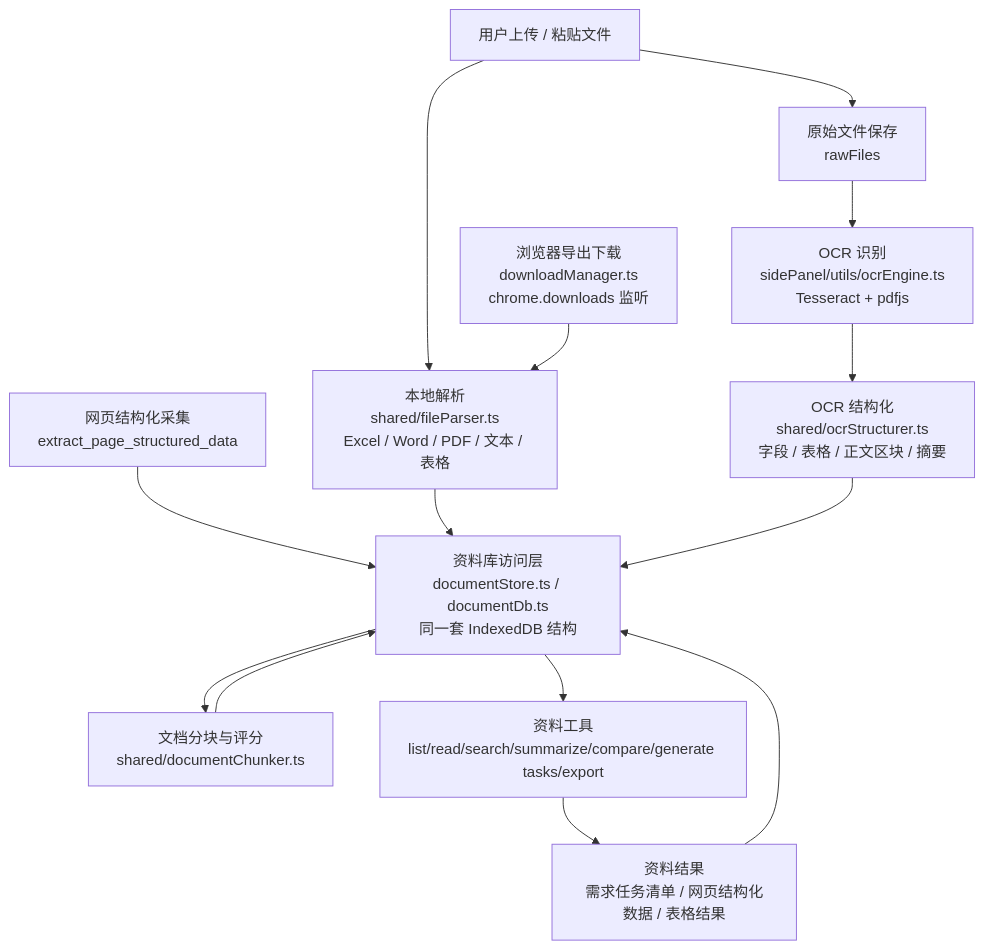
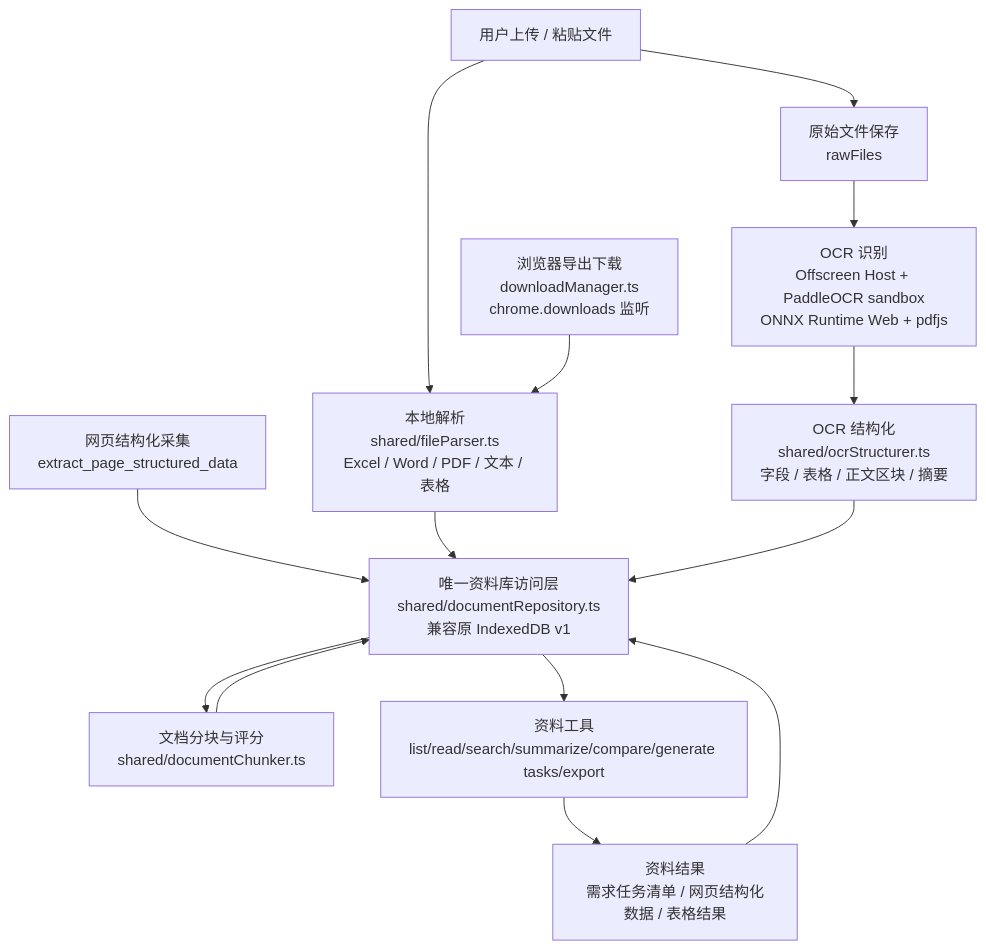
One commit to Clearlovesixteen/gancao-colipot changed the fifth of 6 diagrams in docs/architecture.md. Above: the diagram before and after it, drawn with Mermaid. The commit also changed other lines of this file and 82 other files, not shown here.

````diff
--- a/docs/architecture.md
+++ b/docs/architecture.md
@@ -206,28 +229,28 @@
 ```mermaid
 flowchart TB
   Upload["用户上传 / 粘贴文件"]
   LocalParse["本地解析<br/>shared/fileParser.ts<br/>Excel / Word / PDF / 文本 / 表格"]
   RawFile["原始文件保存<br/>rawFiles"]
-  OCR["OCR 识别<br/>sidePanel/utils/ocrEngine.ts<br/>Tesseract + pdfjs"]
+  OCR["OCR 识别<br/>Offscreen Host + PaddleOCR sandbox<br/>ONNX Runtime Web + pdfjs"]
   OCRStruct["OCR 结构化<br/>shared/ocrStructurer.ts<br/>字段 / 表格 / 正文区块 / 摘要"]
   WebCapture["网页结构化采集<br/>extract_page_structured_data"]
   Download["浏览器导出下载<br/>downloadManager.ts<br/>chrome.downloads 监听"]
-  Store["资料库访问层<br/>documentStore.ts / documentDb.ts<br/>同一套 IndexedDB 结构"]
+  Store["唯一资料库访问层<br/>shared/documentRepository.ts<br/>兼容原 IndexedDB v1"]
   Chunk["文档分块与评分<br/>shared/documentChunker.ts"]
   Tools["资料工具<br/>list/read/search/summarize/compare/generate tasks/export"]
   Results["资料结果<br/>需求任务清单 / 网页结构化数据 / 表格结果"]
 
   Upload --> LocalParse
   Upload --> RawFile
   RawFile --> OCR
   OCR --> OCRStruct
   Download --> LocalParse
   WebCapture --> Store
   LocalParse --> Store
   OCRStruct --> Store
   Store --> Chunk
   Chunk --> Store
   Store --> Tools
   Tools --> Results
   Results --> Store
 ```
````
